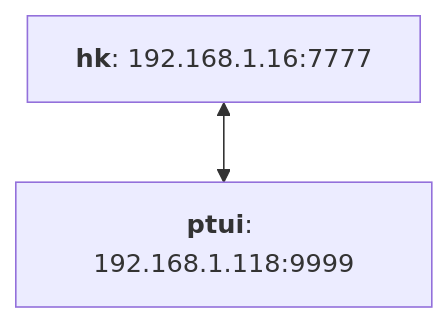
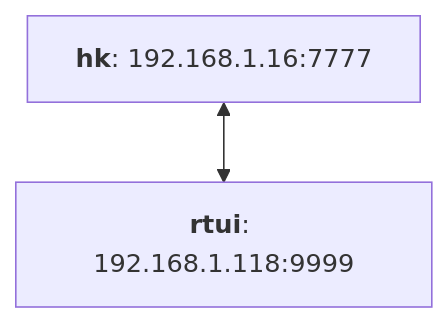
One commit to foxsi/general-tools changed the diagram in general-tools-cpp/hk/rtd/rtui/README.md. Above: the diagram before and after it, drawn with Mermaid. The commit also changed other lines of this file and 2 other files, not shown here.

````diff
--- a/general-tools-cpp/hk/rtd/rtui/README.md
+++ b/general-tools-cpp/hk/rtd/rtui/README.md
@@ -7,5 +7,5 @@
 ```mermaid
 flowchart TD
 
-hk["`**hk**: 192.168.1.16:7777`"] <--> ptui["`**ptui**: 192.168.1.118:9999`"]
+hk["`**hk**: 192.168.1.16:7777`"] <--> rtui["`**rtui**: 192.168.1.118:9999`"]
 ```
````
